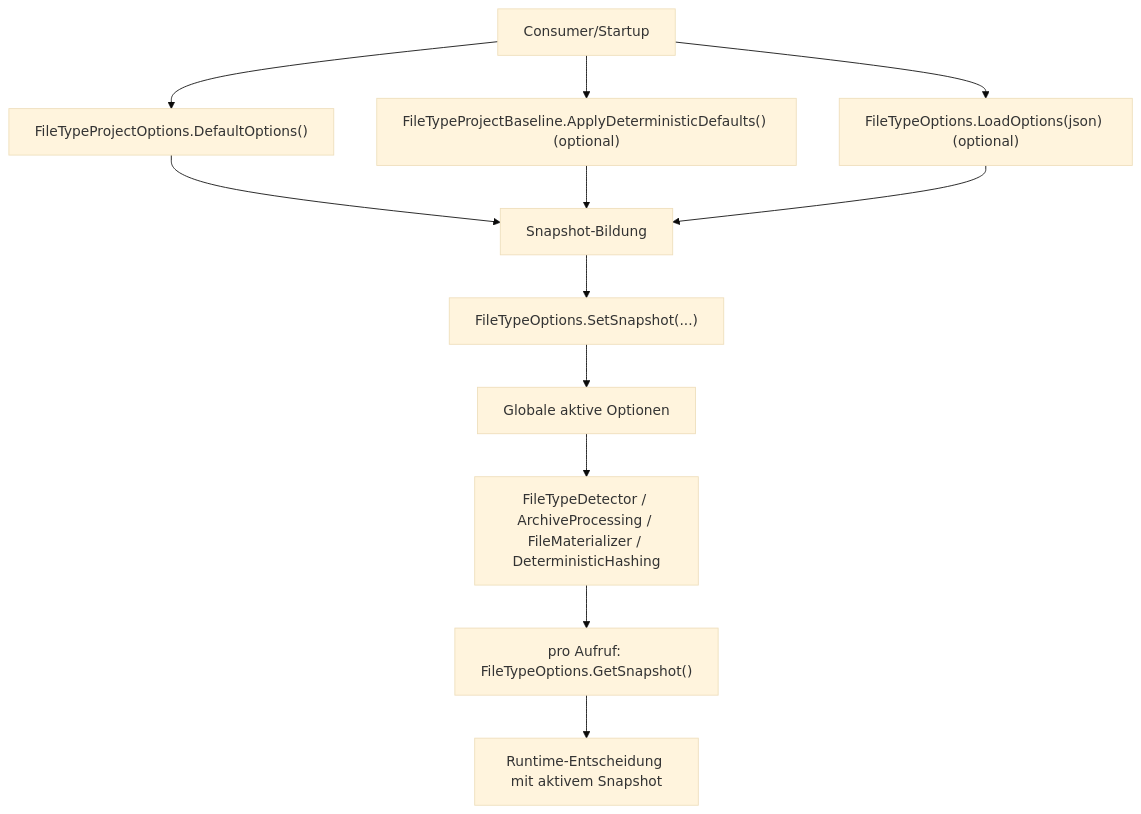
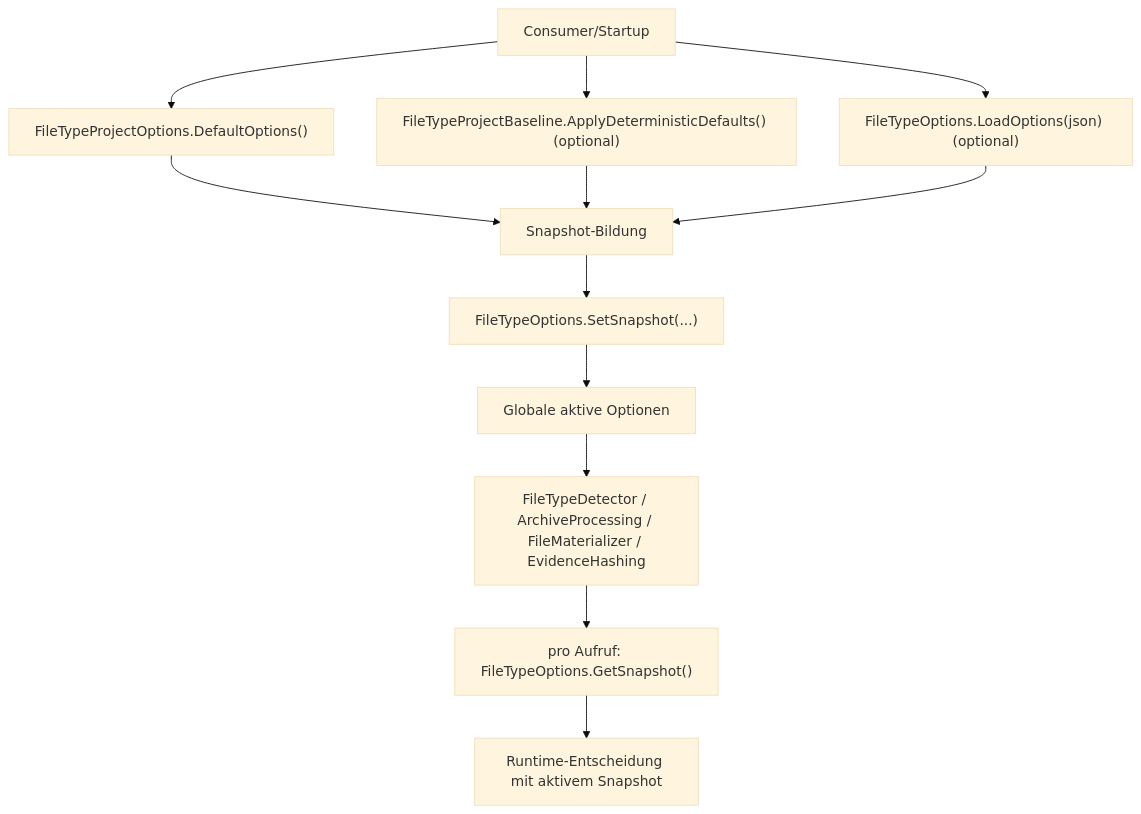
One commit to tomtastisch/FileClassifier changed the first of 2 diagrams in docs/guides/001_GUIDE_OPTIONS.MD. Above: the diagram before and after it, drawn with Mermaid (base theme). The commit also changed 48 other files, not shown here.

First line of the commit message:
refactor!: rename hashing facade/types to EvidenceHashing + Hash*

````diff
--- a/docs/guides/001_GUIDE_OPTIONS.MD
+++ b/docs/guides/001_GUIDE_OPTIONS.MD
@@ -61,16 +61,16 @@
 ```mermaid
 flowchart TD
     A["Consumer/Startup"] --> B["FileTypeProjectOptions.DefaultOptions()"]
     A --> C["FileTypeProjectBaseline.ApplyDeterministicDefaults() (optional)"]
     A --> D["FileTypeOptions.LoadOptions(json) (optional)"]
 
     B --> E["Snapshot-Bildung"]
     C --> E
     D --> E
     E --> F["FileTypeOptions.SetSnapshot(...)"]
     F --> G["Globale aktive Optionen"]
 
-    G --> H["FileTypeDetector / ArchiveProcessing / FileMaterializer / DeterministicHashing"]
+    G --> H["FileTypeDetector / ArchiveProcessing / FileMaterializer / EvidenceHashing"]
     H --> I["pro Aufruf: FileTypeOptions.GetSnapshot()"]
     I --> J["Runtime-Entscheidung mit aktivem Snapshot"]
 ```
````
